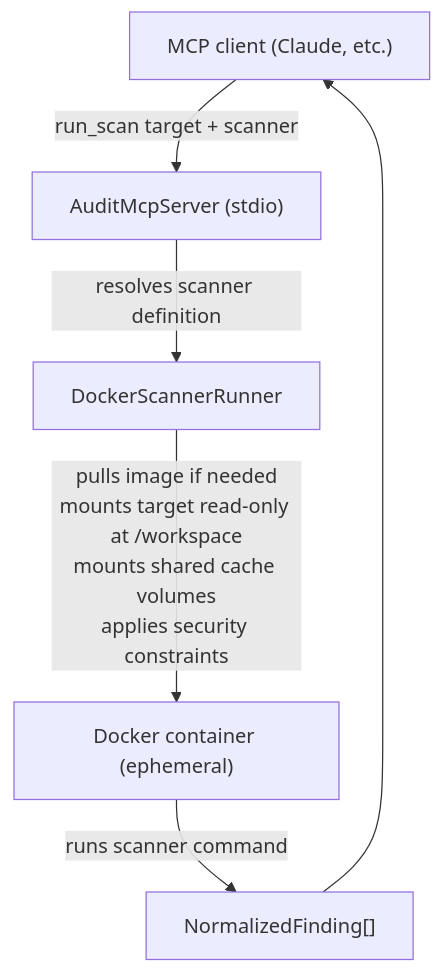
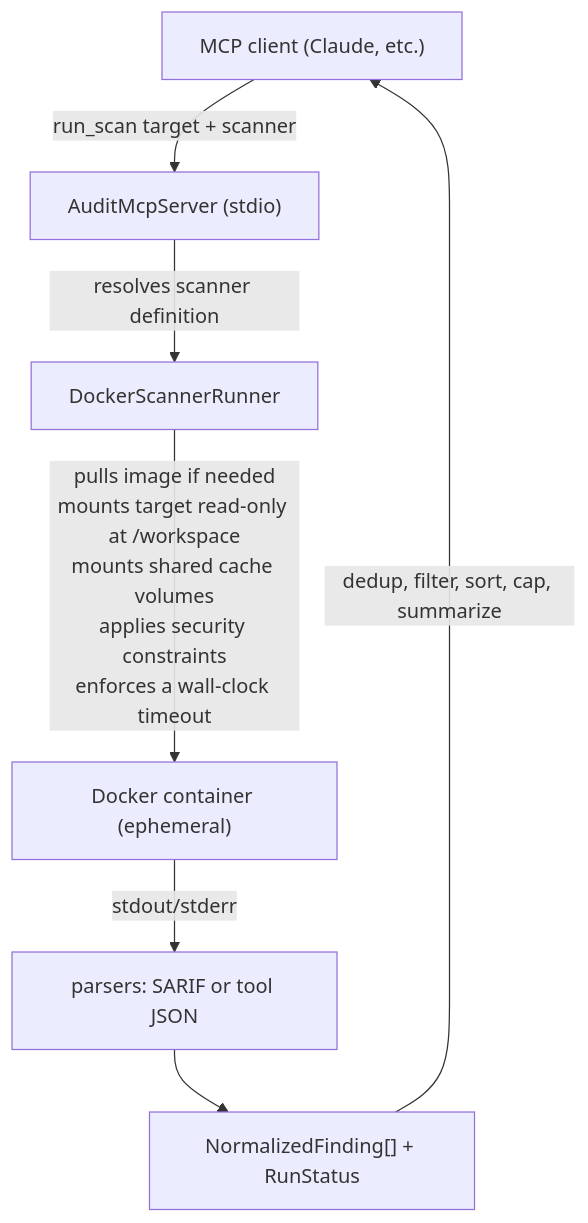
Before and after one commit to mbround18/audit-mcp: the diagram in README.md, drawn with Mermaid. The commit also changed other lines of this file and 33 other files, not shown here.

````diff
--- a/README.md
+++ b/README.md
@@ -96,8 +131,9 @@
 ```mermaid
 flowchart TD
     A["MCP client (Claude, etc.)"] -->|"run_scan target + scanner"| B["AuditMcpServer (stdio)"]
     B -->|"resolves scanner definition"| C["DockerScannerRunner"]
-    C -->|"pulls image if needed<br/>mounts target read-only at /workspace<br/>mounts shared cache volumes<br/>applies security constraints"| D["Docker container (ephemeral)"]
-    D -->|"runs scanner command"| E["NormalizedFinding[]"]
-    E --> A
+    C -->|"pulls image if needed<br/>mounts target read-only at /workspace<br/>mounts shared cache volumes<br/>applies security constraints<br/>enforces a wall-clock timeout"| D["Docker container (ephemeral)"]
+    D -->|"stdout/stderr"| P["parsers: SARIF or tool JSON"]
+    P --> E["NormalizedFinding[] + RunStatus"]
+    E -->|"dedup, filter, sort, cap, summarize"| A
 ```
````
